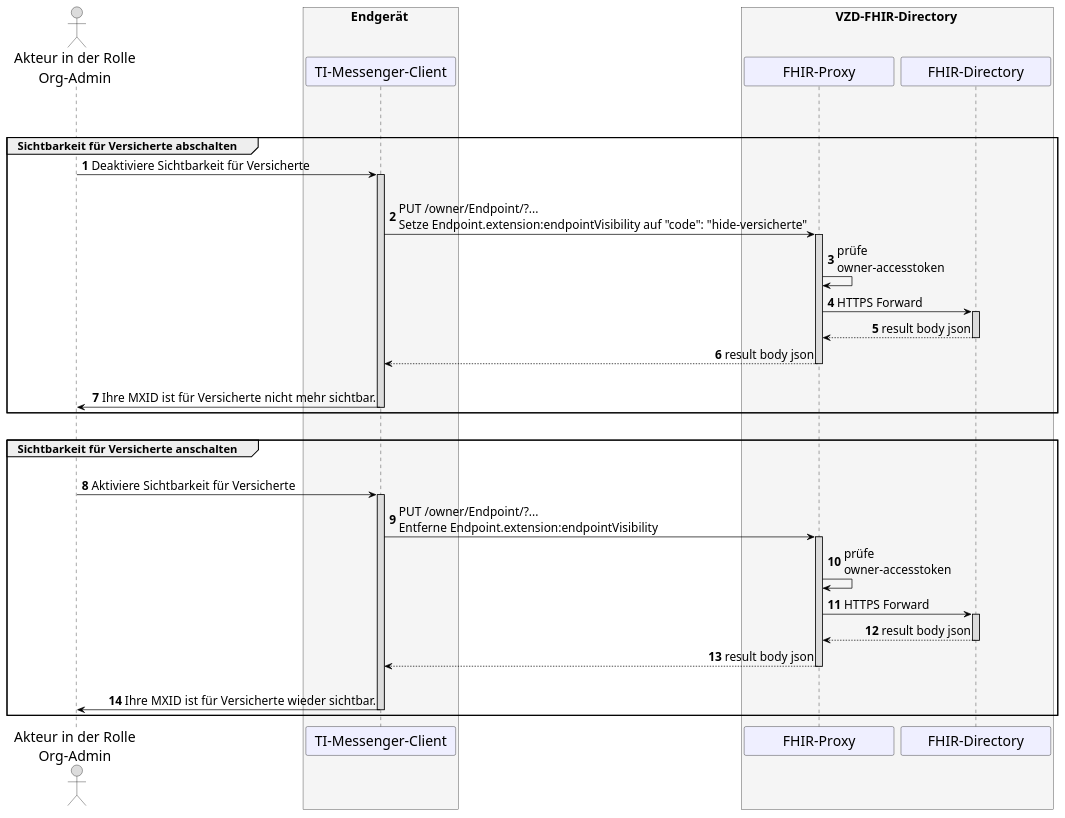
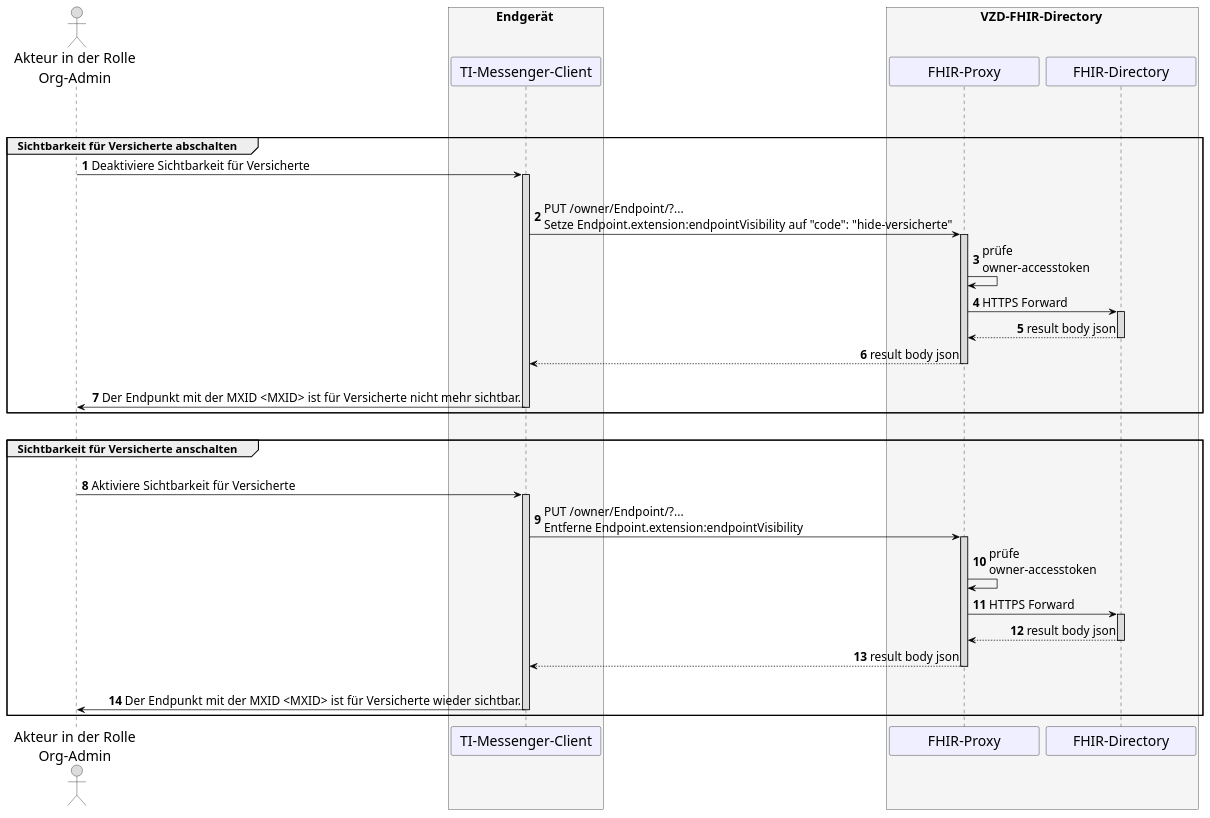
The diagram in src/images/TI-M_Pro/UC_10377_Seq.puml (gematik/api-ti-messenger), drawn with PlantUML before and after one commit.

Commit message:
changed message for org-admin

```diff
--- a/src/images/TI-M_Pro/UC_10377_Seq.puml
+++ b/src/images/TI-M_Pro/UC_10377_Seq.puml
@@ -6,76 +6,76 @@
 @startuml
 skinparam sequenceMessageAlign direction
 skinparam minClassWidth 200
 skinparam BoxPadding 1
 skinparam sequenceReferenceHeaderBackgroundColor palegreen
 scale max 2048 width
 
 skinparam sequence {
 ArrowColor black
 ArrowFontSize 17
 ActorBorderColor black
 LifeLineBorderColor black
 LifeLineBackgroundColor Gainsboro
 
 ParticipantBorderColor Motivation
 ParticipantBackgroundColor Motivation
 ParticipantFontSize 20
 ParticipantFontColor black
 ParticipantBorderColor Black
 
 ActorBackgroundColor Gainsboro
 ActorFontColor black
 ActorFontSize 20
 }
 
 autonumber
 
 actor U as "Akteur in der Rolle\nOrg-Admin"
 box <size:18>Endgerät</size> #WhiteSmoke
   participant C as "TI-Messenger-Client"
 end box
 
 box <size:18>VZD-FHIR-Directory</size> #WhiteSmoke
   participant FP as "FHIR-Proxy"
   participant VZD as "FHIR-Directory"
 end box
 
 group <size:16>VZD-FHIR-Directory Eintrag</size>
   |||
   group <size:16>Sichtbarkeit für Versicherte abschalten</size>
   U->C: Deaktiviere Sichtbarkeit für Versicherte
   
   Activate C
   |||
   C->FP: PUT /owner/Endpoint/?... \nSetze Endpoint.extension:endpointVisibility auf "code": "hide-versicherte"
     Activate FP
   FP->FP: prüfe \nowner-accesstoken
   FP->VZD: HTTPS Forward
     Activate VZD
   VZD-->FP: result body json
     Deactivate VZD
   FP-->C: result body json
     Deactivate FP
   |||
-  C->U: Ihre MXID ist für Versicherte nicht mehr sichtbar. 
+  C->U: Der Endpunkt mit der MXID <MXID> ist für Versicherte nicht mehr sichtbar. 
   Deactivate C
   end
   |||
   group <size:16>Sichtbarkeit für Versicherte anschalten</size>
   |||
   U->C: Aktiviere Sichtbarkeit für Versicherte
   Activate C
   C->FP: PUT /owner/Endpoint/?... \nEntferne Endpoint.extension:endpointVisibility 
     Activate FP
   FP->FP: prüfe \nowner-accesstoken
   FP->VZD: HTTPS Forward
     Activate VZD
   VZD-->FP: result body json
     Deactivate VZD
   FP-->C: result body json
     Deactivate FP
   |||
-  C->U: Ihre MXID ist für Versicherte wieder sichtbar.
+  C->U: Der Endpunkt mit der MXID <MXID> ist für Versicherte wieder sichtbar.
   Deactivate C
   end
 @enduml
```
